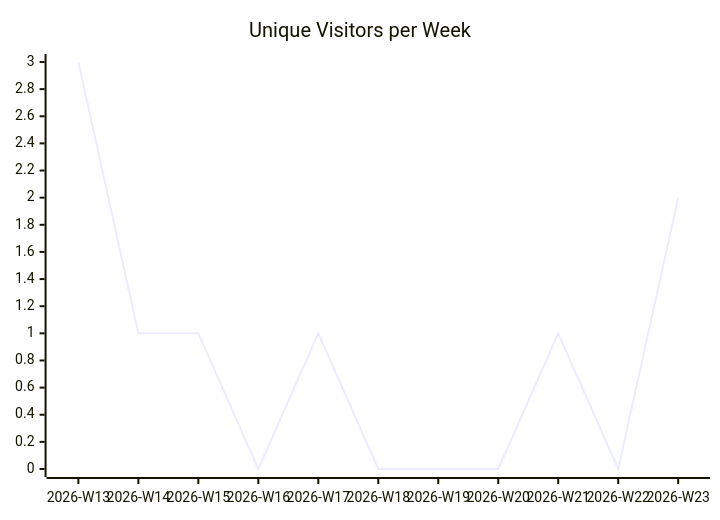
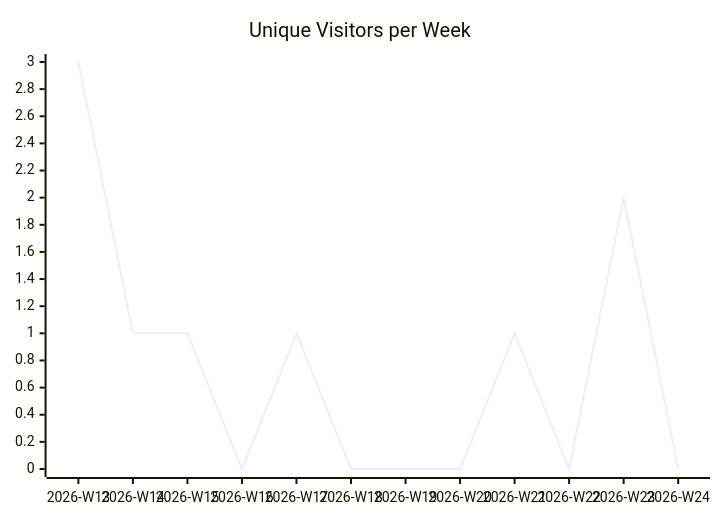
The first of 3 diagrams in karlmdavis/rps-tourney/README.md (justdavis-family/github-analytics-data), drawn with Mermaid before and after one commit. The commit also changed other lines of this file and 189 other files, not shown here.

````diff
--- a/karlmdavis/rps-tourney/README.md
+++ b/karlmdavis/rps-tourney/README.md
@@ -5,6 +5,6 @@
 ```mermaid
 xychart-beta
   title "Unique Visitors per Week"
-  x-axis ["2026-W13", "2026-W14", "2026-W15", "2026-W16", "2026-W17", "2026-W18", "2026-W19", "2026-W20", "2026-W21", "2026-W22", "2026-W23"]
-  line [3, 1, 1, 0, 1, 0, 0, 0, 1, 0, 2]
+  x-axis ["2026-W13", "2026-W14", "2026-W15", "2026-W16", "2026-W17", "2026-W18", "2026-W19", "2026-W20", "2026-W21", "2026-W22", "2026-W23", "2026-W24"]
+  line [3, 1, 1, 0, 1, 0, 0, 0, 1, 0, 2, 0]
 ```
````
